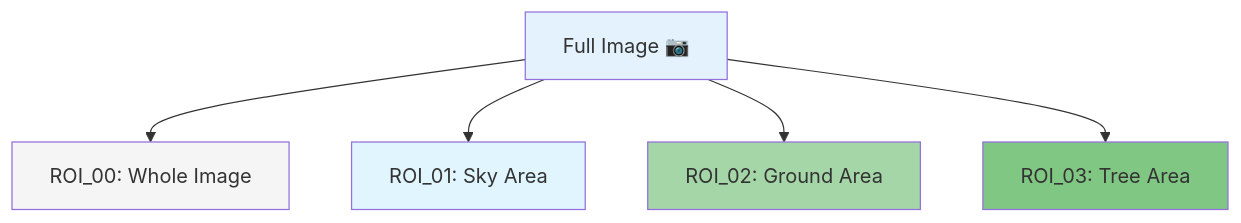
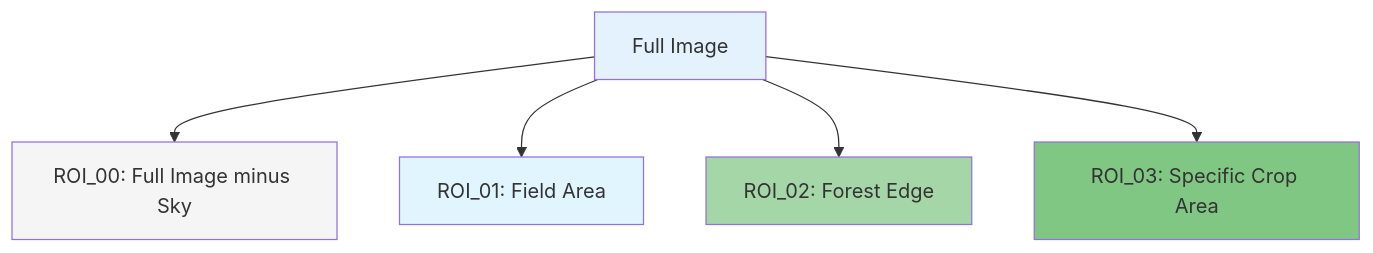
One commit to SITES-spectral/phenocai changed the third of 5 diagrams in docs/workflow_overview.md. Above: the diagram before and after it, drawn with Mermaid. The commit also changed other lines of this file and 22 other files, not shown here.

````diff
--- a/docs/workflow_overview.md
+++ b/docs/workflow_overview.md
@@ -48,13 +48,13 @@
 ```mermaid
 graph TD
-    A[Full Image 📷] --> B[ROI_00: Whole Image]
-    A --> C[ROI_01: Sky Area]
-    A --> D[ROI_02: Ground Area]
-    A --> E[ROI_03: Tree Area]
+    A[Full Image] --> B[ROI_00: Full Image minus Sky]
+    A --> C[ROI_01: Field Area]
+    A --> D[ROI_02: Forest Edge]
+    A --> E[ROI_03: Specific Crop Area]
     
     style A fill:#e3f2fd
     style B fill:#f5f5f5
     style C fill:#e1f5fe
     style D fill:#a5d6a7
     style E fill:#81c784
 ```
````
